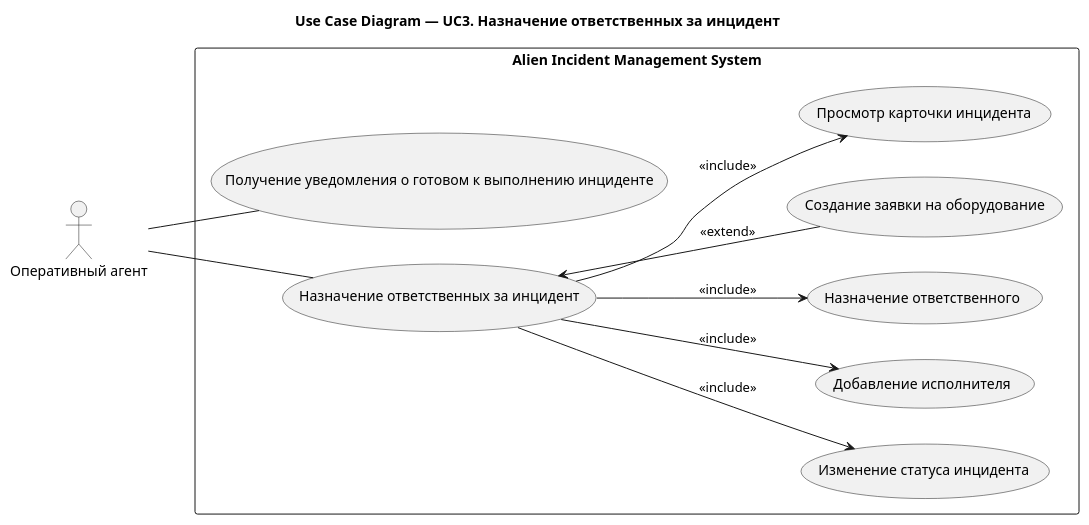
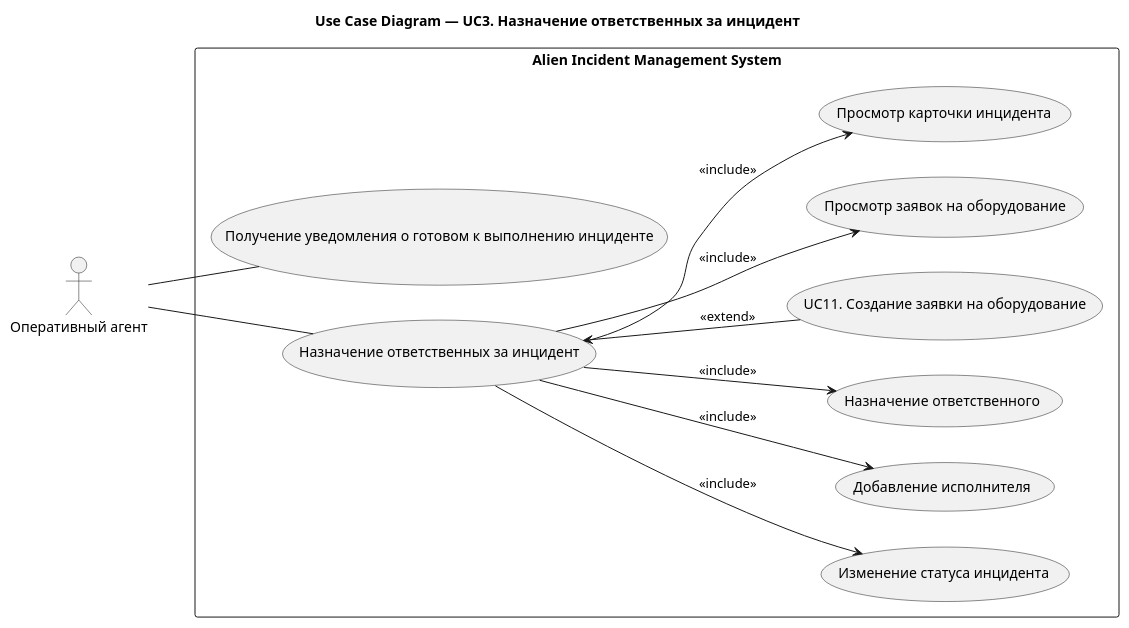
One commit to Andryss/AIMS changed the first of 4 diagrams in docs/use-case/UC3.md. Above: the diagram before and after it, drawn with PlantUML. The commit also changed other lines of this file and 22 other files, not shown here.

````diff
--- a/docs/use-case/UC3.md
+++ b/docs/use-case/UC3.md
@@ -5,33 +77,35 @@
 ```plantuml
 @startuml
 title Use Case Diagram — UC3. Назначение ответственных за инцидент
 left to right direction
 
 actor "Оперативный агент" as Agent
 
 rectangle "Alien Incident Management System" {
 
 (Получение уведомления о готовом к выполнению инциденте) as UC01
 
 (Назначение ответственных за инцидент) as UC11
 
 (Изменение статуса инцидента) as UC116
 (Добавление исполнителя) as UC115
 (Назначение ответственного) as UC114
-(Создание заявки на оборудование) as UC113
+(UC11. Создание заявки на оборудование) as UC113
+(Просмотр заявок на оборудование) as UC112
 (Просмотр карточки инцидента) as UC111
 
 }
 
 Agent -- UC01
 
 Agent -- UC11
 
 UC11 --> UC111 : <<include>>
+UC11 --> UC112 : <<include>>
 UC11 <-- UC113 : <<extend>>
 UC11 --> UC114 : <<include>>
 UC11 --> UC115 : <<include>>
 UC11 --> UC116 : <<include>>
 
 @enduml
 ```
````
